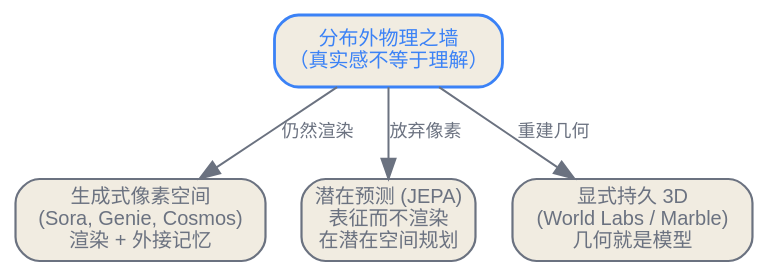
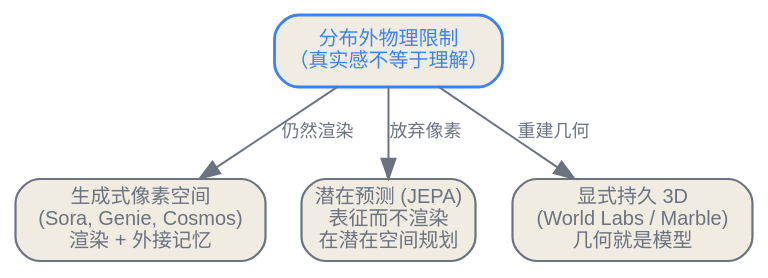
Before and after one commit to latere-ai/ai-as-an-infrastructure: the first of 2 diagrams in zh/generative/05-beyond-text.qmd, drawn with Graphviz. The commit also changed other lines of this file and 5 other files, not shown here.

````diff
--- a/zh/generative/05-beyond-text.qmd
+++ b/zh/generative/05-beyond-text.qmd
@@ -25,19 +25,19 @@
 ```{dot}
 //| label: fig-beyond-trichotomy
 //| fig-cap: "「世界模型是什么」的三个架构答案，每一个都是对分布外物理限制的不同回应。生成派渲染世界、用外接记忆处理连贯性；潜在派在抽象里预测、并在那里规划；显式三维派让持久几何成为表示本身。"
 digraph trichotomy {
   rankdir=TB;
   bgcolor="transparent";
   node [shape=box, style="rounded,filled", fontname="Helvetica", fontsize=10, color="#6b7280", fontcolor="#6b7280", fillcolor="#f1ece1", penwidth=1.1];
   edge [color="#6b7280", fontcolor="#6b7280", fontsize=9];
 
-  wall [label="分布外物理之墙\n（真实感不等于理解）", color="#3b82f6", fontcolor="#3b82f6", penwidth=1.4];
+  wall [label="分布外物理限制\n（真实感不等于理解）", color="#3b82f6", fontcolor="#3b82f6", penwidth=1.4];
   gen  [label="生成式像素空间\n(Sora, Genie, Cosmos)\n渲染 + 外接记忆"];
   jepa [label="潜在预测 (JEPA)\n表征而不渲染\n在潜在空间规划"];
   d3   [label="显式持久 3D\n(World Labs / Marble)\n几何就是模型"];
 
   wall -> gen [label="仍然渲染"];
   wall -> jepa [label="放弃像素"];
   wall -> d3 [label="重建几何"];
 }
 ```
````
